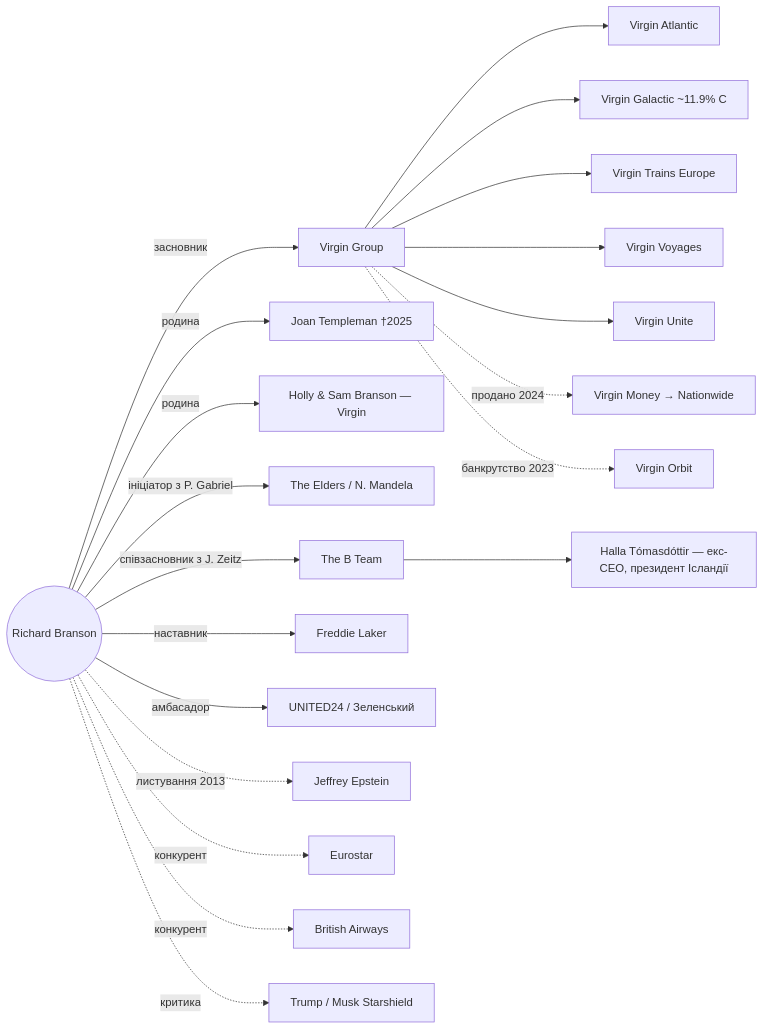
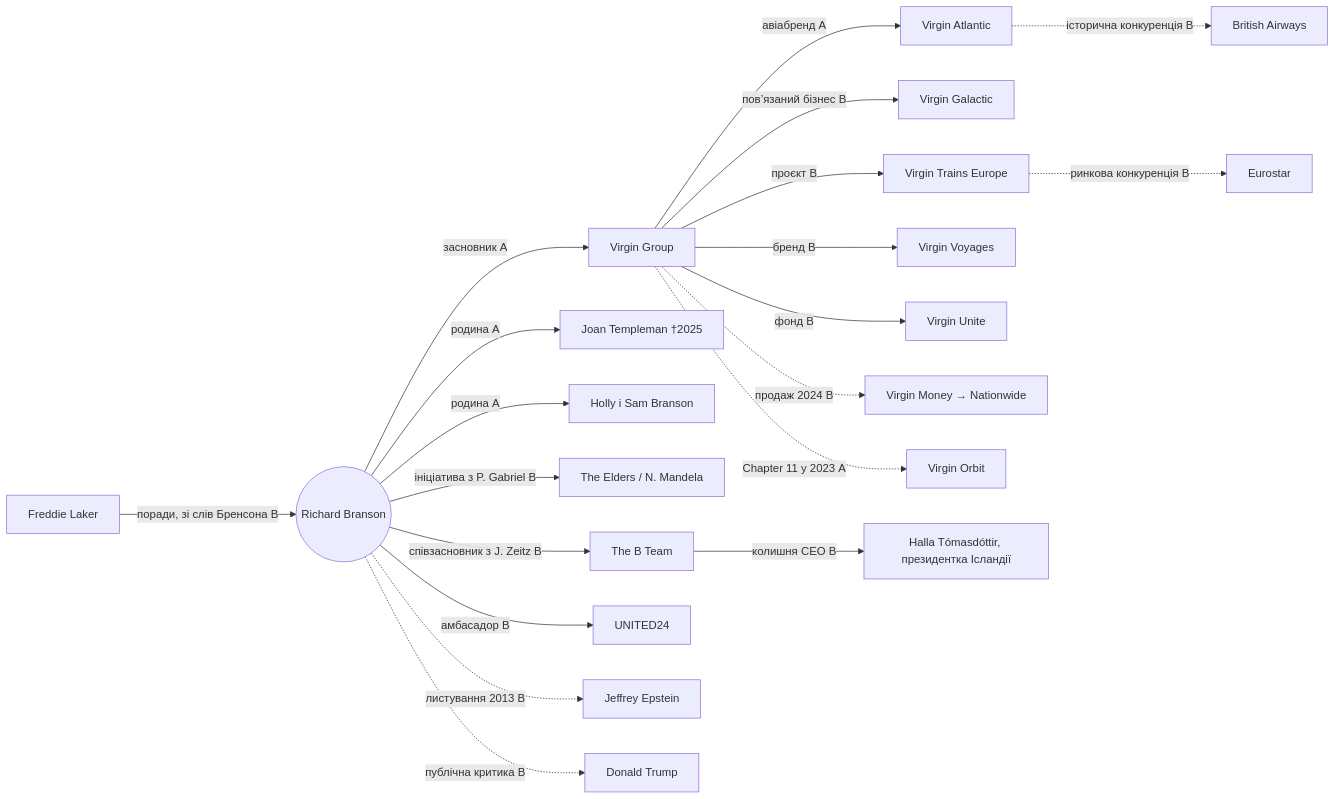
Before and after one commit to Yariki/ai_for_osint_and_intelligence: the diagram in Lesson_Homework_11/README.md, drawn with Mermaid. The commit also changed other lines of this file and 3 other files, not shown here.

Commit message:
Add comprehensive AI-OSINT dossier on Sir Richard Branson, detailing career, public persona, and key findings

````diff
--- a/Lesson_Homework_11/README.md
+++ b/Lesson_Homework_11/README.md
@@ -147,23 +68,23 @@
 ```mermaid
-graph LR
-  RB((Richard Branson))
-  RB -->|засновник| VG[Virgin Group]
-  VG --> VA[Virgin Atlantic]
-  VG --> VGal[Virgin Galactic ~11.9% C]
-  VG --> VTE[Virgin Trains Europe]
-  VG --> VV[Virgin Voyages]
-  VG --> VU[Virgin Unite]
-  VG -.продано 2024.-> VM[Virgin Money → Nationwide]
-  VG -.банкрутство 2023.-> VO[Virgin Orbit]
-  RB -->|родина| JT[Joan Templeman †2025]
-  RB -->|родина| HS[Holly & Sam Branson — Virgin]
-  RB -->|ініціатор з P. Gabriel| EL[The Elders / N. Mandela]
-  RB -->|співзасновник з J. Zeitz| BT[The B Team]
-  BT --> HT[Halla Tómasdóttir — екс-CEO, президент Ісландії]
-  RB -->|наставник| FL[Freddie Laker]
-  RB -->|амбасадор| U24[UNITED24 / Зеленський]
-  RB -.листування 2013.-> JE[Jeffrey Epstein]
-  RB -.конкурент.-> ES[Eurostar]
-  RB -.конкурент.-> BA[British Airways]
-  RB -.критика.-> TR[Trump / Musk Starshield]
+flowchart LR
+  RB(("Richard Branson"))
+  RB -->|"засновник A"| VG["Virgin Group"]
+  VG -->|"авіабренд A"| VA["Virgin Atlantic"]
+  VG -->|"пов’язаний бізнес B"| VGal["Virgin Galactic"]
+  VG -->|"проєкт B"| VTE["Virgin Trains Europe"]
+  VG -->|"бренд B"| VV["Virgin Voyages"]
+  VG -->|"фонд B"| VU["Virgin Unite"]
+  VG -.->|"продаж 2024 B"| VM["Virgin Money → Nationwide"]
+  VG -.->|"Chapter 11 у 2023 A"| VO["Virgin Orbit"]
+  RB -->|"родина A"| JT["Joan Templeman †2025"]
+  RB -->|"родина A"| HS["Holly і Sam Branson"]
+  RB -->|"ініціатива з P. Gabriel B"| EL["The Elders / N. Mandela"]
+  RB -->|"співзасновник з J. Zeitz B"| BT["The B Team"]
+  BT -->|"колишня CEO B"| HT["Halla Tómasdóttir, президентка Ісландії"]
+  FL["Freddie Laker"] -->|"поради, зі слів Бренсона B"| RB
+  RB -->|"амбасадор B"| U24["UNITED24"]
+  RB -.->|"листування 2013 B"| JE["Jeffrey Epstein"]
+  VTE -.->|"ринкова конкуренція B"| ES["Eurostar"]
+  VA -.->|"історична конкуренція B"| BA["British Airways"]
+  RB -.->|"публічна критика B"| TR["Donald Trump"]
 ```
````
